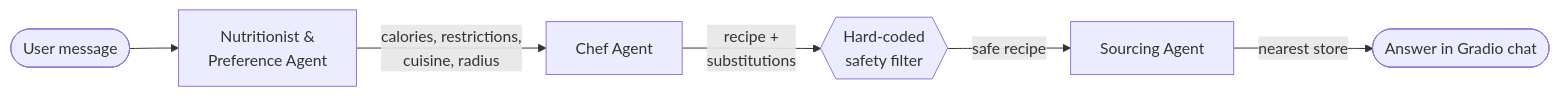
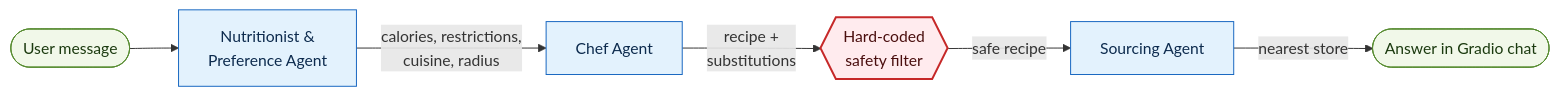
Before and after one commit to Chloe-Tu2/The-EverFlavor-AI: the first of 3 diagrams in README.md, drawn with Mermaid. The commit also changed other lines of this file and 2 other files, not shown here.

First line of the commit message:
README: flag accuracy chart, review-loop diagram, color-coded diagrams

````diff
--- a/README.md
+++ b/README.md
@@ -56,8 +56,15 @@
 ```mermaid
 flowchart LR
     U([User message]) --> N[Nutritionist &<br/>Preference Agent]
     N -->|calories, restrictions,<br/>cuisine, radius| C[Chef Agent]
     C -->|recipe +<br/>substitutions| F{{Hard-coded<br/>safety filter}}
     F -->|safe recipe| S[Sourcing Agent]
     S -->|nearest store| R([Answer in Gradio chat])
+
+    classDef agent fill:#E3F2FD,stroke:#1565C0,color:#0D2B4E
+    classDef safety fill:#FFEBEE,stroke:#C62828,color:#4A0E0E,stroke-width:2px
+    classDef io fill:#F1F8E9,stroke:#558B2F,color:#1B3A0F
+    class N,C,S agent
+    class F safety
+    class U,R io
 ```
````
